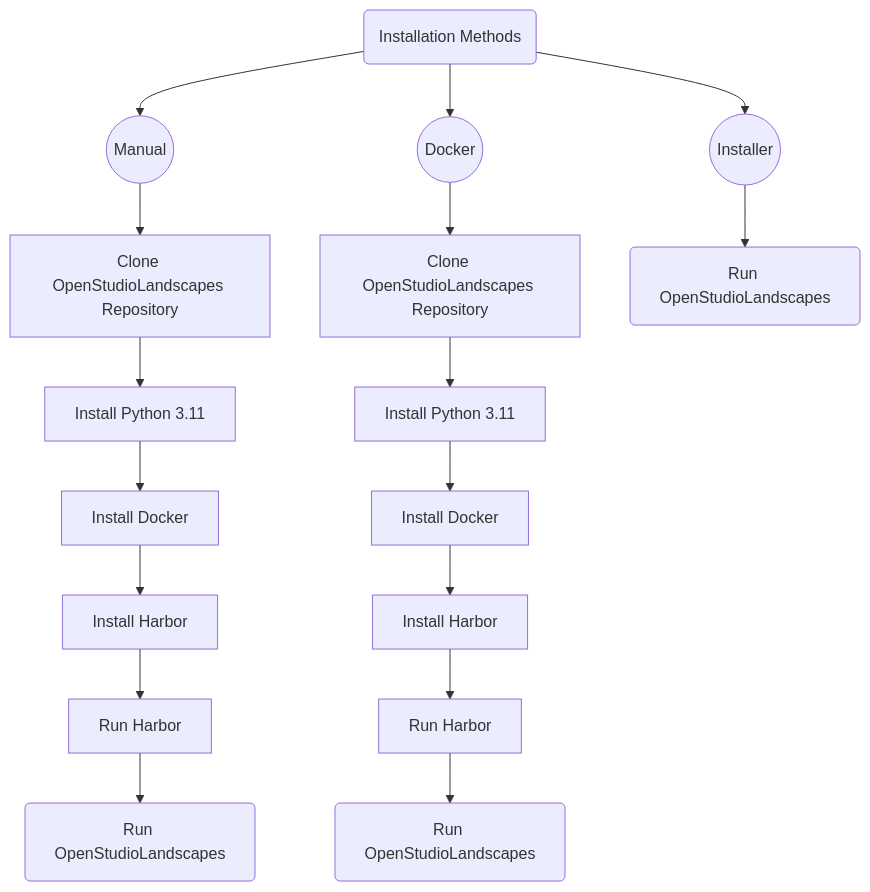
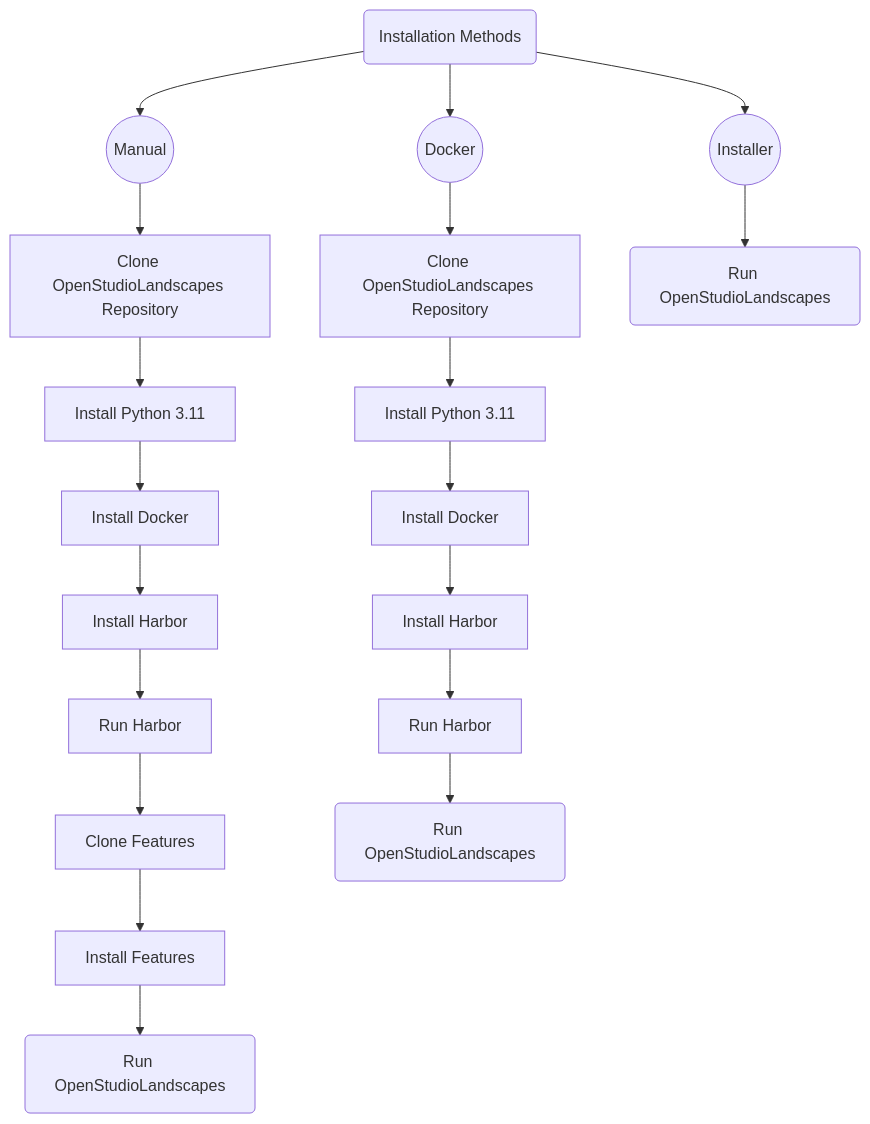
Before and after one commit to michimussato/OpenStudioLandscapes: the diagram in wiki/_toc.md, drawn with Mermaid. The commit also changed other lines of this file, not shown here.

Commit message:
refactor

````diff
--- a/wiki/_toc.md
+++ b/wiki/_toc.md
@@ -13,61 +13,66 @@
 ```mermaid
 graph TB
     installation_methods(Installation Methods)
     manual((Manual))
     click manual href "https://github.com/michimussato/OpenStudioLandscapes/blob/main/wiki/installation/basic_installation.md#basic-installation"
     docker((Docker))
     click docker href "https://github.com/michimussato/OpenStudioLandscapes/blob/main/wiki/installation/basic_installation.md#install-docker"
     script((Installer))
     click script href "https://github.com/michimussato/OpenStudioLandscapes/blob/main/wiki/installation/basic_installation_from_script.md"
     installation_methods --> manual
     installation_methods --> docker
     installation_methods --> script
     
     clone_repo_manual[Clone OpenStudioLandscapes Repository]
     click clone_repo_manual href "https://github.com/michimussato/OpenStudioLandscapes/blob/main/wiki/installation/basic_installation.md#openstudiolandscapes"
     clone_repo_docker[Clone OpenStudioLandscapes Repository]
     click clone_repo_docker href "https://github.com/michimussato/OpenStudioLandscapes/blob/main/wiki/installation/basic_installation.md#openstudiolandscapes"
     %% clone_repo_script[Clone OpenStudioLandscapes Repository]
     %% click clone_repo_script href "https://github.com/michimussato/OpenStudioLandscapes/blob/main/wiki/installation/basic_installation.md#openstudiolandscapes"
     
     install_python_manual[Install Python 3.11]
     click install_python_manual href "https://github.com/michimussato/OpenStudioLandscapes/blob/main/wiki/installation/basic_installation.md#install-python311"
     install_python_docker[Install Python 3.11]
     click install_python_docker href "https://github.com/michimussato/OpenStudioLandscapes/blob/main/wiki/installation/basic_installation.md#install-python311"
 
     install_docker_manual[Install Docker]
     click install_docker_manual href "https://github.com/michimussato/OpenStudioLandscapes/blob/main/wiki/installation/basic_installation.md#install-docker"
     install_docker_docker[Install Docker]
     click install_docker_docker href "https://github.com/michimussato/OpenStudioLandscapes/blob/main/wiki/installation/basic_installation.md#install-docker"
     %% install_docker_script[Install Docker]
     %% click install_docker_script href "https://github.com/michimussato/OpenStudioLandscapes/blob/main/wiki/installation/basic_installation.md#install-docker"
     
     install_harbor_manual[Install Harbor]
     click install_harbor_manual href "https://github.com/michimussato/OpenStudioLandscapes/blob/main/wiki/installation/basic_installation.md#harbor"
     install_harbor_docker[Install Harbor]
     click install_harbor_docker href "https://github.com/michimussato/OpenStudioLandscapes/blob/main/wiki/installation/basic_installation.md#harbor"
     %% install_harbor_script[Install Harbor]
     %% click install_harbor_script href "https://github.com/michimussato/OpenStudioLandscapes/blob/main/wiki/installation/basic_installation.md#harbor"
     
     run_harbor_manual[Run Harbor]
     click run_harbor_manual href "https://github.com/michimussato/OpenStudioLandscapes/blob/main/wiki/run/run_harbor.md#up"
     run_harbor_docker[Run Harbor]
     click run_harbor_docker href "https://github.com/michimussato/OpenStudioLandscapes/blob/main/wiki/run/run_harbor.md#up"
     %% run_harbor_script[Run Harbor]
     %% click run_harbor_script href "https://github.com/michimussato/OpenStudioLandscapes/blob/main/wiki/run/run_harbor.md#up"
     
+    clone_features_manual[Clone Features]
+    click clone_features_manual href "https://github.com/michimussato/OpenStudioLandscapes/blob/main/wiki/installation/install_features.md#clone-features"
+    install_features_manual[Install Features]
+    click install_features_manual href "https://github.com/michimussato/OpenStudioLandscapes/blob/main/wiki/installation/install_features.md#install-features-1"
+    
     run_manual(Run OpenStudioLandscapes)
     click run_manual href "https://github.com/michimussato/OpenStudioLandscapes/blob/main/wiki/run_openstudiolandscapes/from_manual.md#up"
     run_docker(Run OpenStudioLandscapes)
     click run_docker href "https://github.com/michimussato/OpenStudioLandscapes/blob/main/wiki/run_openstudiolandscapes/from_docker_image.md"
     run_script(Run OpenStudioLandscapes)
     click run_script href "https://github.com/michimussato/OpenStudioLandscapes/blob/main/wiki/run_openstudiolandscapes/from_script.md#up-and-down"
     
     manual --> clone_repo_manual --> install_python_manual --> install_docker_manual --> install_harbor_manual 
-    install_harbor_manual --> run_harbor_manual --> run_manual
+    install_harbor_manual --> run_harbor_manual --> clone_features_manual --> install_features_manual --> run_manual
     
     docker --> clone_repo_docker --> install_python_docker --> install_docker_docker --> install_harbor_docker
     install_harbor_docker --> run_harbor_docker --> run_docker
     
     script --> run_script
 ```
````
